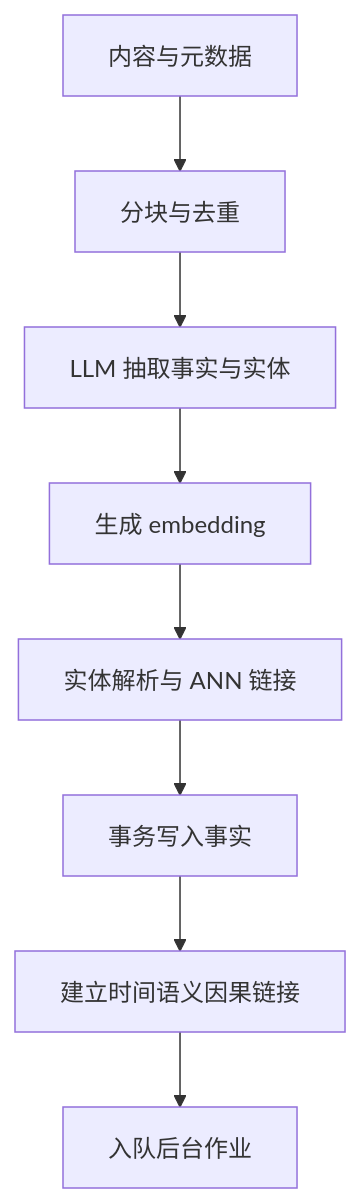
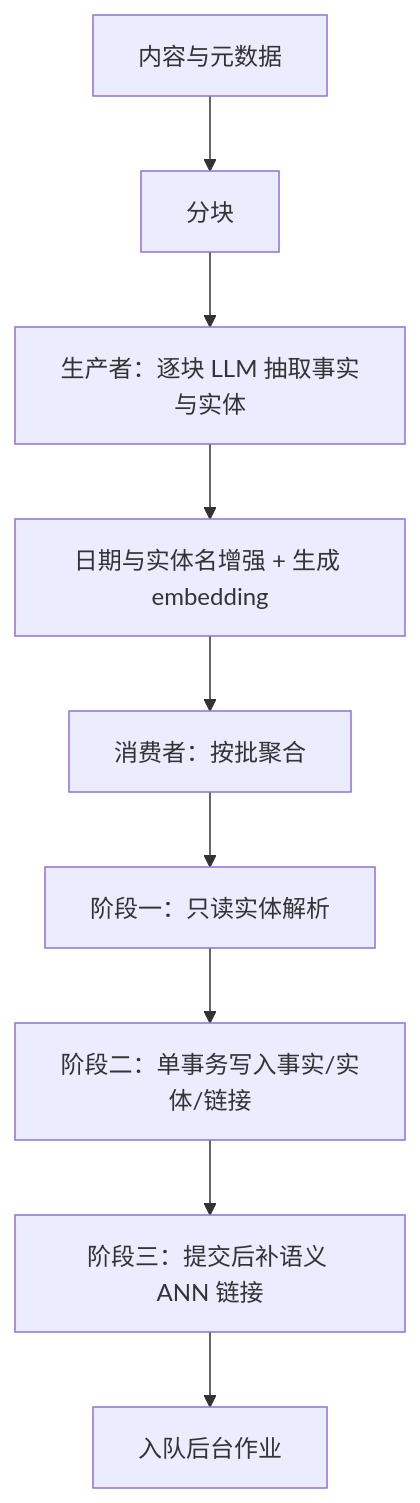
One commit to morehao/oss-insights changed the diagram in ai-infra/hindsight-wiki/retain.md. Above: the diagram before and after it, drawn with Mermaid. The commit also changed other lines of this file and 8 other files, not shown here.

````diff
--- a/ai-infra/hindsight-wiki/retain.md
+++ b/ai-infra/hindsight-wiki/retain.md
@@ -34,10 +34,11 @@
 ```mermaid
 graph TD
-    A[内容与元数据] --> B[分块与去重]
-    B --> C[LLM 抽取事实与实体]
-    C --> D[生成 embedding]
-    D --> E[实体解析与 ANN 链接]
-    E --> F[事务写入事实]
-    F --> G[建立时间语义因果链接]
-    G --> H[入队后台作业]
+    A[内容与元数据] --> B[分块]
+    B --> C[生产者：逐块 LLM 抽取事实与实体]
+    C --> D[日期与实体名增强 + 生成 embedding]
+    D --> E[消费者：按批聚合]
+    E --> P1[阶段一：只读实体解析]
+    P1 --> P2[阶段二：单事务写入事实/实体/链接]
+    P2 --> P3[阶段三：提交后补语义 ANN 链接]
+    P3 --> H[入队后台作业]
 ```
````
